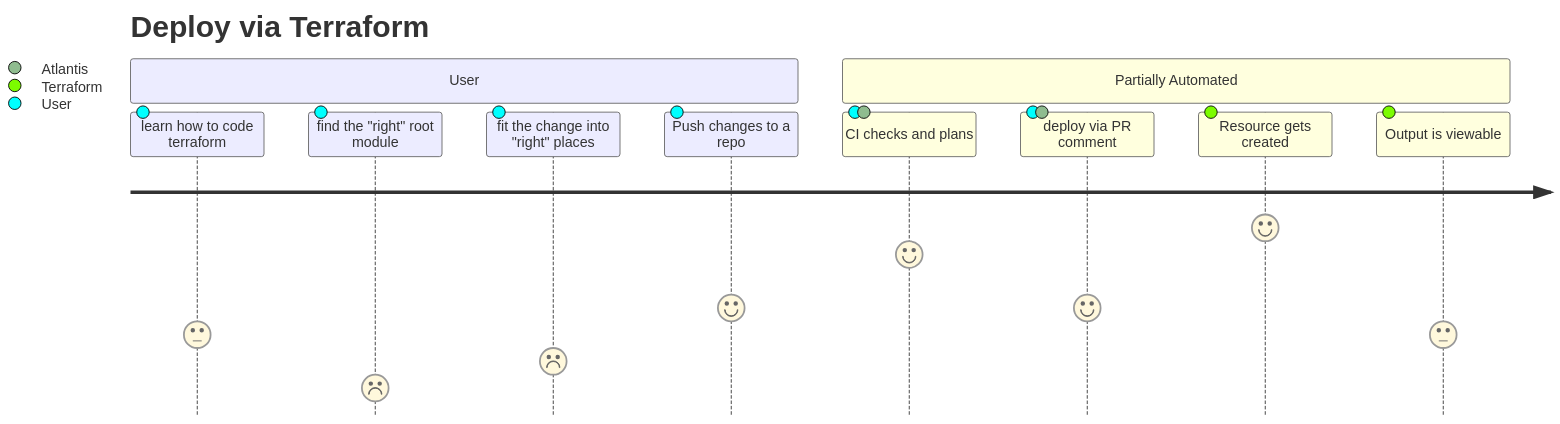
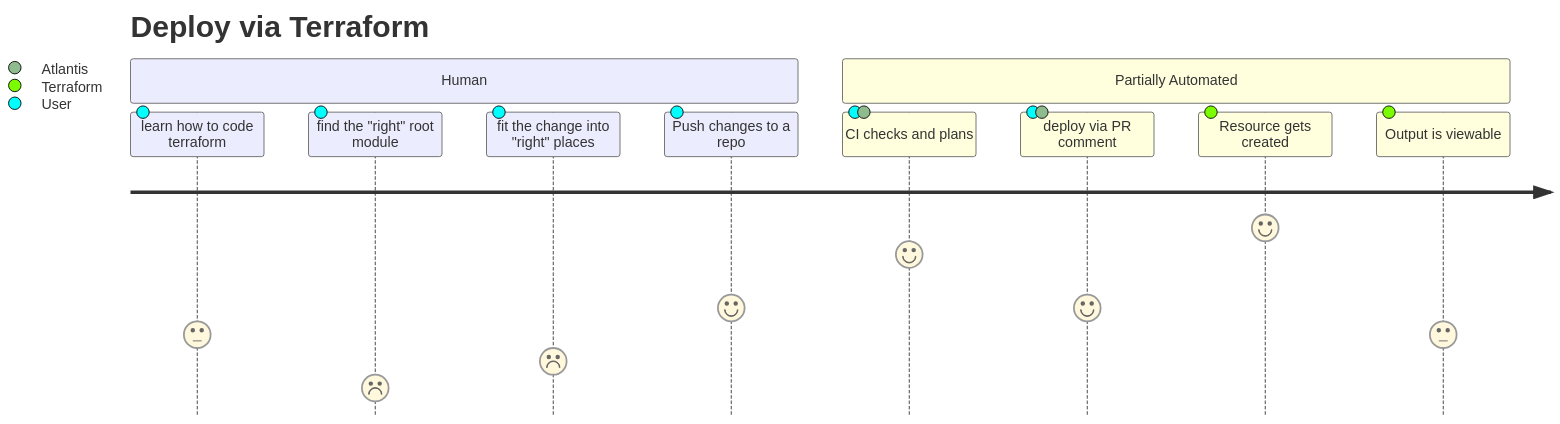
The third of 5 diagrams in docs/diagram-brewery.md (ryuheechul/taste-crossplane), drawn with Mermaid before and after one commit. The commit also changed other lines of this file and 1 other file, not shown here.

Commit message:
Add flowchart for Terraform

````diff
--- a/docs/diagram-brewery.md
+++ b/docs/diagram-brewery.md
@@ -54,14 +54,14 @@
 ```mermaid
 journey
   title Deploy via Terraform
-  section User
+  section Human
     learn how to code terraform: 3: User
     find the "right" root module: 1: User
     fit the change into "right" places: 2: User
     Push changes to a repo: 4: User
   section Partially Automated
     CI checks and plans: 6: User, Atlantis
     deploy via PR comment: 4: User, Atlantis
     Resource gets created: 7: Terraform
     Output is viewable: 3: Terraform
 ```
````
